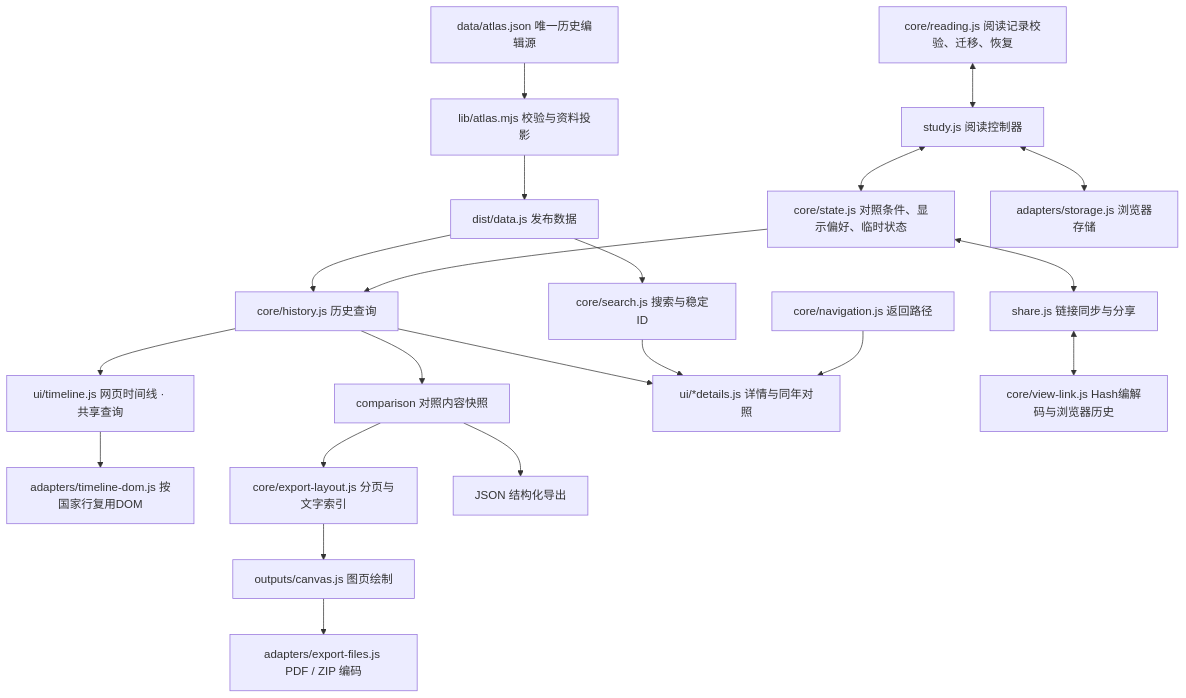
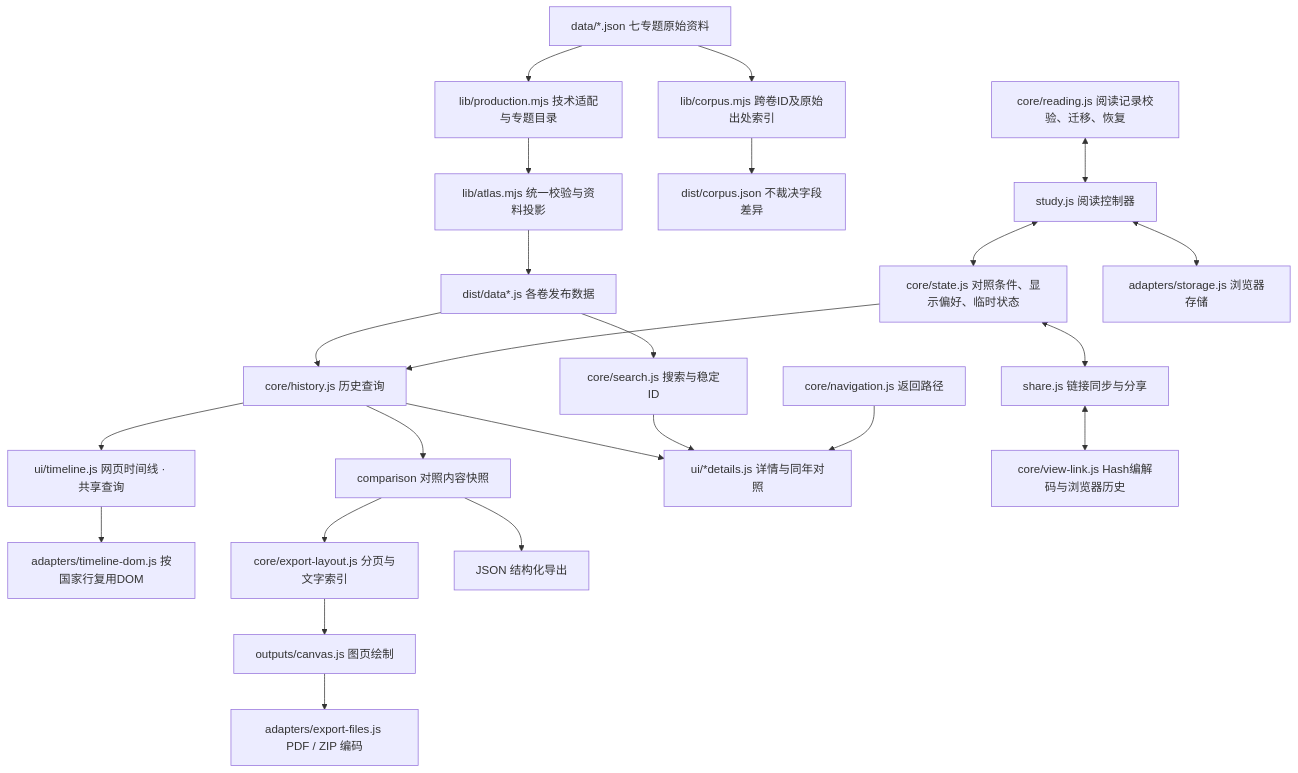
Before and after one commit to Chrunge/Chinese-Dynasty-Timeline: the diagram in docs/ARCHITECTURE.md, drawn with Mermaid. The commit also changed other lines of this file and 40 other files, not shown here.

Commit message:
feat(history): import four dynasty corpora and publish seven topic timelines

````diff
--- a/docs/ARCHITECTURE.md
+++ b/docs/ARCHITECTURE.md
@@ -5,23 +5,26 @@
 ```mermaid
 flowchart TB
-  A["data/atlas.json 唯一历史编辑源"] --> B["lib/atlas.mjs 校验与资料投影"]
-  B --> C["dist/data.js 发布数据"]
+  A["data/*.json 七专题原始资料"] --> Q["lib/production.mjs 技术适配与专题目录"]
+  Q --> B["lib/atlas.mjs 统一校验与资料投影"]
+  B --> C["dist/data*.js 各卷发布数据"]
+  A --> I["lib/corpus.mjs 跨卷ID及原始出处索引"]
+  I --> O["dist/corpus.json 不裁决字段差异"]
   C --> H["core/history.js 历史查询"]
   C --> S["core/search.js 搜索与稳定ID"]
   U["core/state.js 对照条件、显示偏好、临时状态"] --> H
   H --> M["comparison 对照内容快照"]
   H --> W["ui/timeline.js 网页时间线 · 共享查询"]
   W --> K["adapters/timeline-dom.js 按国家行复用DOM"]
   M --> E["core/export-layout.js 分页与文字索引"]
   M --> J["JSON 结构化导出"]
   E --> P["outputs/canvas.js 图页绘制"]
   P --> F["adapters/export-files.js PDF / ZIP 编码"]
   H --> D["ui/*details.js 详情与同年对照"]
   S --> D
   N["core/navigation.js 返回路径"] --> D
   R["core/reading.js 阅读记录校验、迁移、恢复"] <--> T["study.js 阅读控制器"]
   T <--> U
   T <--> L["adapters/storage.js 浏览器存储"]
   U <--> V["share.js 链接同步与分享"]
   V <--> X["core/view-link.js Hash编解码与浏览器历史"]
 ```
````
